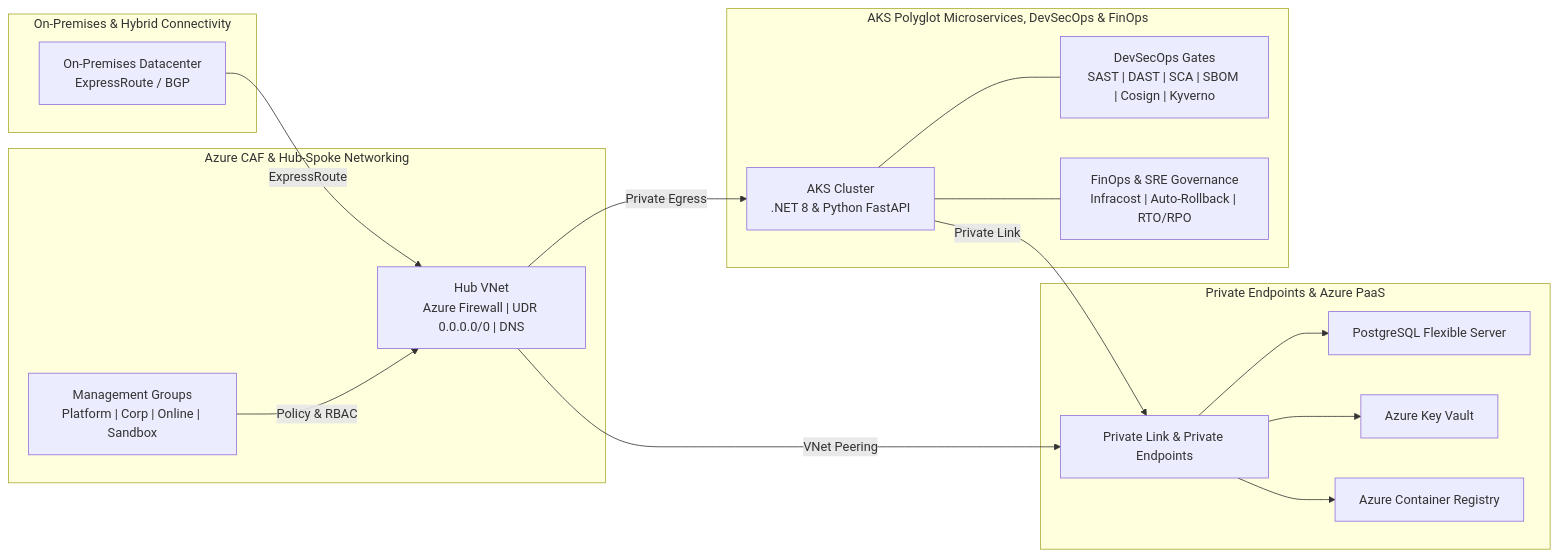
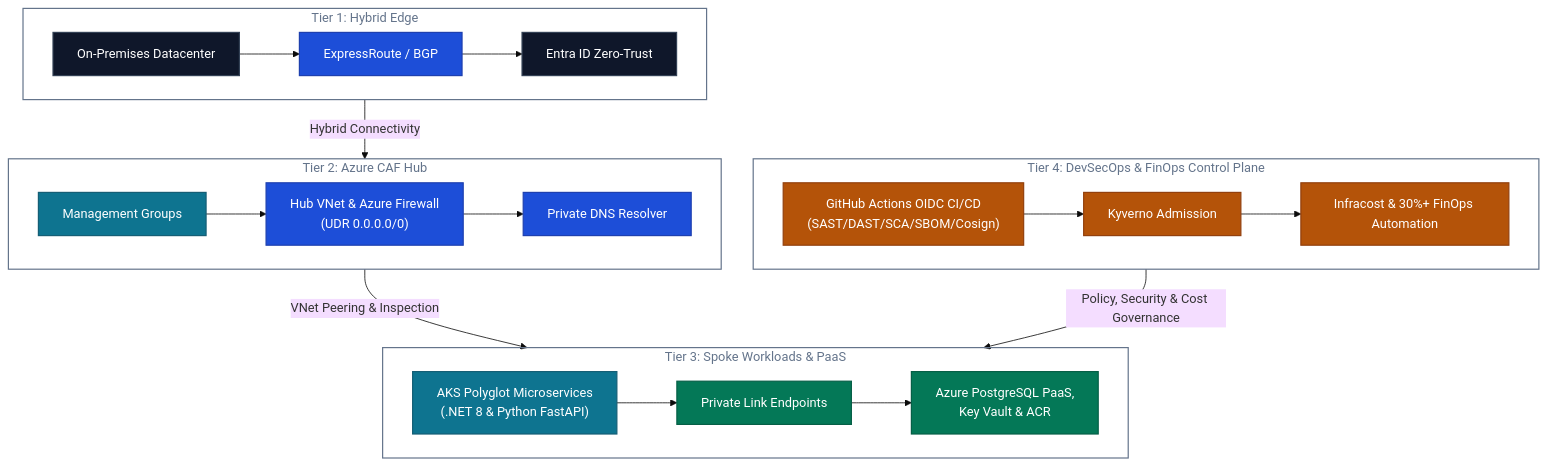
One commit to rahulgoyaldevops/rahulgoyaldevops changed the diagram in README.md. Above: the diagram before and after it, drawn with Mermaid. The commit also changed other lines of this file, not shown here.

````diff
--- a/README.md
+++ b/README.md
@@ -93,31 +93,44 @@
 ```mermaid
-flowchart LR
-subgraph OnPrem["On-Premises & Hybrid Connectivity"]
-OP["On-Premises Datacenter<br/>ExpressRoute / BGP"]
-end
-subgraph CAF["Azure CAF & Hub-Spoke Networking"]
-MG["Management Groups<br/>Platform | Corp | Online | Sandbox"]
-HUB["Hub VNet<br/>Azure Firewall | UDR 0.0.0.0/0 | DNS"]
-end
-subgraph PaaS["Private Endpoints & Azure PaaS"]
-PE["Private Link & Private Endpoints"]
-PG["PostgreSQL Flexible Server"]
-KV["Azure Key Vault"]
-ACR["Azure Container Registry"]
-PE --> PG
-PE --> KV
-PE --> ACR
-end
-subgraph AKSGov["AKS Polyglot Microservices, DevSecOps & FinOps"]
-AKS["AKS Cluster<br/>.NET 8 & Python FastAPI"]
-SEC["DevSecOps Gates<br/>SAST | DAST | SCA | SBOM | Cosign | Kyverno"]
-FIN["FinOps & SRE Governance<br/>Infracost | Auto-Rollback | RTO/RPO"]
-AKS --- SEC
-AKS --- FIN
-end
-OP -->|"ExpressRoute"| HUB
-MG -->|"Policy & RBAC"| HUB
-HUB -->|"VNet Peering"| PE
-HUB -->|"Private Egress"| AKS
-AKS -->|"Private Link"| PE
+%%{init: {'theme': 'base', 'flowchart': {'curve': 'basis', 'nodeSpacing': 40, 'rankSpacing': 50}}}%%
+flowchart TB
+  subgraph T1["Tier 1: Hybrid Edge"]
+    direction LR
+    OP["On-Premises Datacenter"] --> ER["ExpressRoute / BGP"] --> ID["Entra ID Zero-Trust"]
+  end
+
+  subgraph T2["Tier 2: Azure CAF Hub"]
+    direction LR
+    MG["Management Groups"] --> HUB["Hub VNet & Azure Firewall<br/>(UDR 0.0.0.0/0)"] --> DNS["Private DNS Resolver"]
+  end
+
+  subgraph T3["Tier 3: Spoke Workloads & PaaS"]
+    direction LR
+    AKS["AKS Polyglot Microservices<br/>(.NET 8 & Python FastAPI)"] --> PE["Private Link Endpoints"] --> PAAS["Azure PostgreSQL PaaS,<br/>Key Vault & ACR"]
+  end
+
+  subgraph T4["Tier 4: DevSecOps & FinOps Control Plane"]
+    direction LR
+    CI["GitHub Actions OIDC CI/CD<br/>(SAST/DAST/SCA/SBOM/Cosign)"] --> KYV["Kyverno Admission"] --> FIN["Infracost & 30%+ FinOps Automation"]
+  end
+
+  T1 -->|"Hybrid Connectivity"| T2
+  T2 -->|"VNet Peering & Inspection"| T3
+  T4 -->|"Policy, Security & Cost Governance"| T3
+
+  classDef cobalt fill:#1D4ED8,stroke:#1E40AF,color:#FFFFFF,stroke-width:1.5px
+  classDef slate fill:#0F172A,stroke:#334155,color:#FFFFFF,stroke-width:1.5px
+  classDef emerald fill:#047857,stroke:#065F46,color:#FFFFFF,stroke-width:1.5px
+  classDef teal fill:#0E7490,stroke:#155E75,color:#FFFFFF,stroke-width:1.5px
+  classDef amber fill:#B45309,stroke:#92400E,color:#FFFFFF,stroke-width:1.5px
+
+  class OP,ID slate
+  class ER,HUB,DNS cobalt
+  class MG,AKS teal
+  class PE,PAAS emerald
+  class CI,KYV,FIN amber
+
+  style T1 fill:transparent,stroke:#64748B,stroke-width:1.5px,color:#64748B
+  style T2 fill:transparent,stroke:#64748B,stroke-width:1.5px,color:#64748B
+  style T3 fill:transparent,stroke:#64748B,stroke-width:1.5px,color:#64748B
+  style T4 fill:transparent,stroke:#64748B,stroke-width:1.5px,color:#64748B
 ```
````
